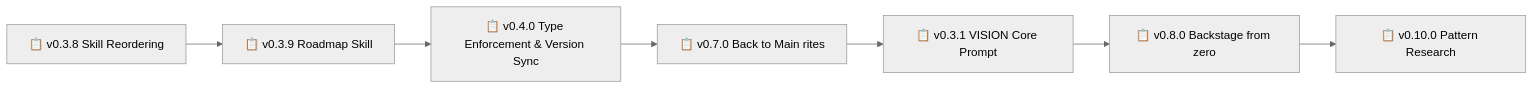
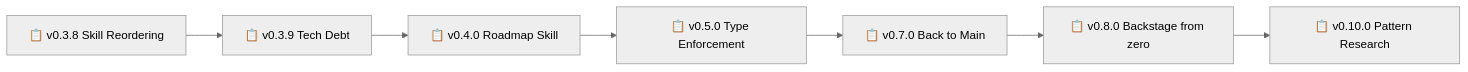
The diagram in backstage/ROADMAP.md (nonlinear/backstage), drawn with Mermaid (neutral theme) before and after one commit. The commit also changed other lines of this file, not shown here.

Commit message:
Add v0.3.9 Tech Debt epic, renumber following epics

````diff
--- a/backstage/ROADMAP.md
+++ b/backstage/ROADMAP.md
@@ -15,16 +15,16 @@
 ```mermaid
 graph LR
     A[📋 v0.3.8 Skill Reordering]
-    B[📋 v0.3.9 Roadmap Skill]
+    B[📋 v0.3.9 Tech Debt]
     A --> B
-    C[📋 v0.4.0 Type Enforcement & Version Sync]
+    C[📋 v0.4.0 Roadmap Skill]
     B --> C
-    D[📋 v0.7.0 Back to Main rites]
+    D[📋 v0.5.0 Type Enforcement]
     C --> D
-    E[📋 v0.3.1 VISION Core Prompt]
+    E[📋 v0.7.0 Back to Main]
     D --> E
     F[📋 v0.8.0 Backstage from zero]
     E --> F
     G[📋 v0.10.0 Pattern Research]
     F --> G
 ```
````
